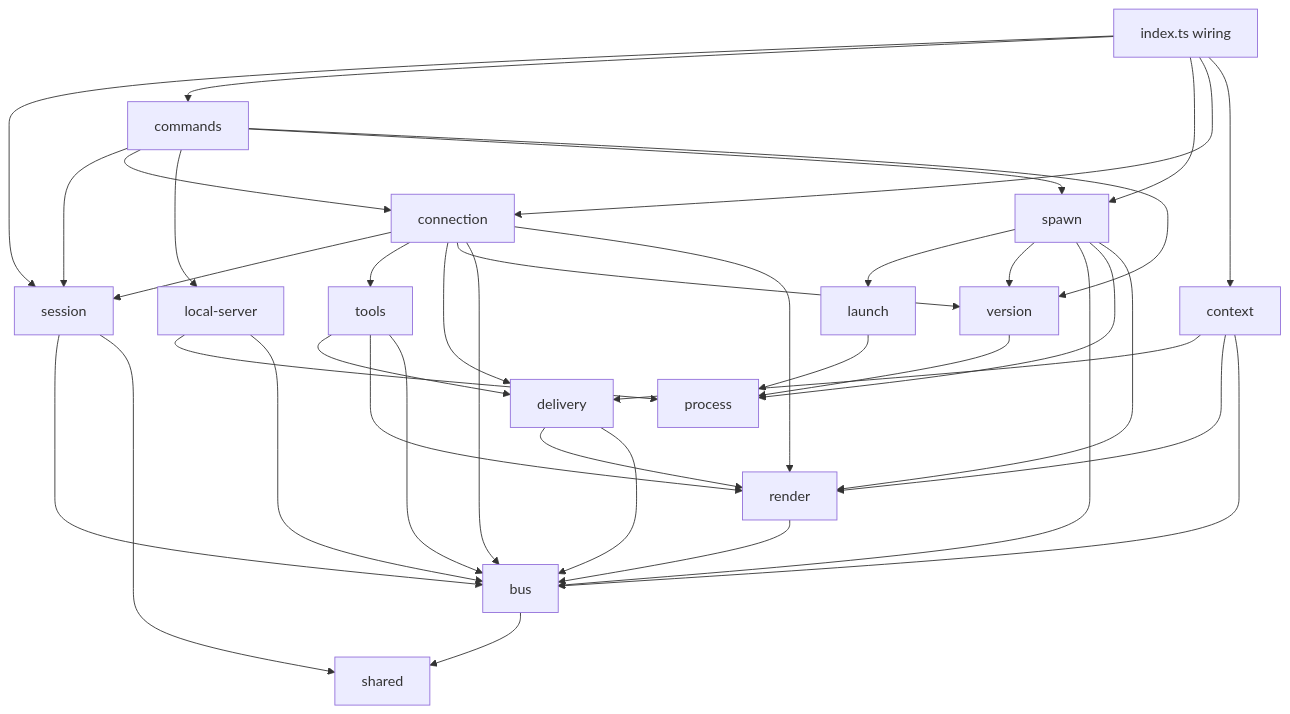
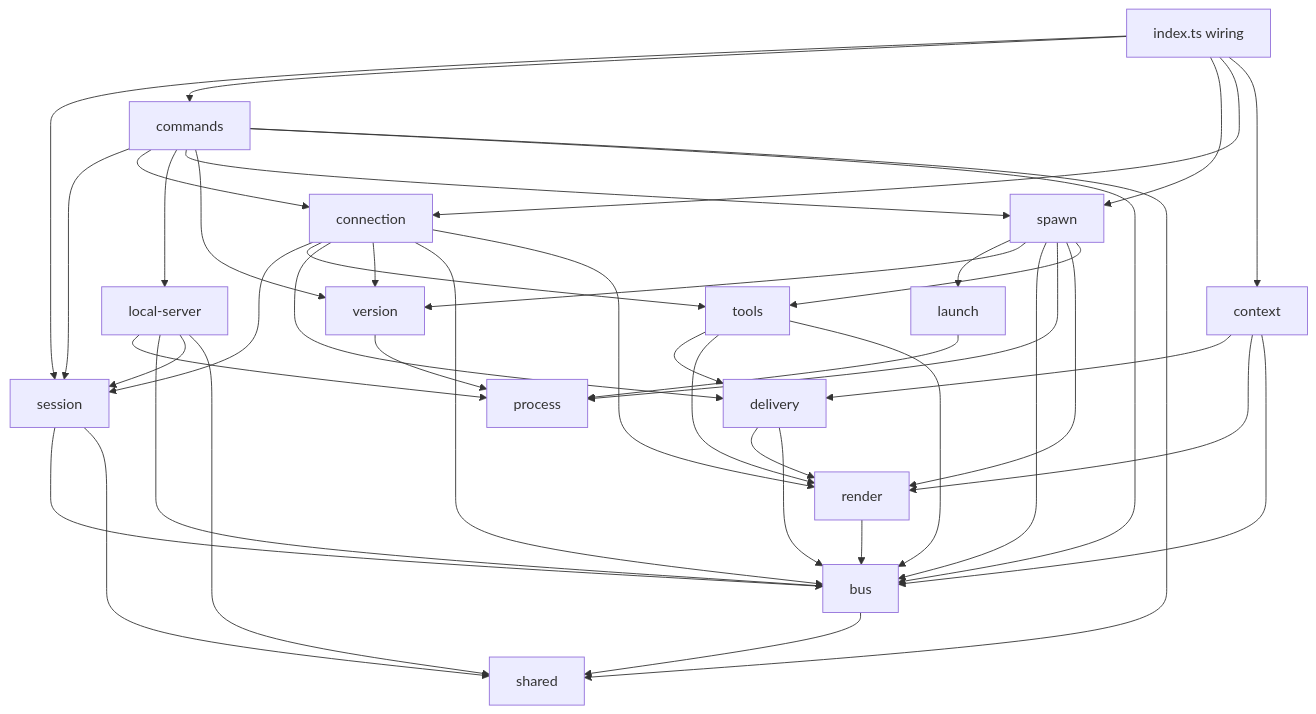
One commit to till-muellers/agent-message-bus changed the first of 2 diagrams in docs/design/arch/client.md. Above: the diagram before and after it, drawn with Mermaid. The commit also changed other lines of this file and 13 other files, not shown here.

````diff
--- a/docs/design/arch/client.md
+++ b/docs/design/arch/client.md
@@ -114,40 +114,45 @@
 ```mermaid
 flowchart TD
   index[index.ts wiring] --> session
   index --> commands
   index --> spawn
   index --> connection
   index --> context
   commands --> session
   commands --> connection
   commands --> localserver[local-server]
   commands --> spawn
   commands --> version
+  commands --> bus
+  commands --> shared
   connection --> session
   connection --> tools
   connection --> delivery
   connection --> version
   connection --> bus
   connection --> render
   context --> delivery
   context --> render
   context --> bus
   tools --> delivery
   tools --> render
   tools --> bus
   delivery --> render
   delivery --> bus
   render --> bus
   session --> bus
   session --> shared
   spawn --> launch
   spawn --> version
   spawn --> bus
   spawn --> process
   spawn --> render
   launch --> process
   localserver --> process
   localserver --> bus
+  localserver --> session
+  localserver --> shared
+  spawn --> tools
   version --> process
   bus --> shared
 ```
````
